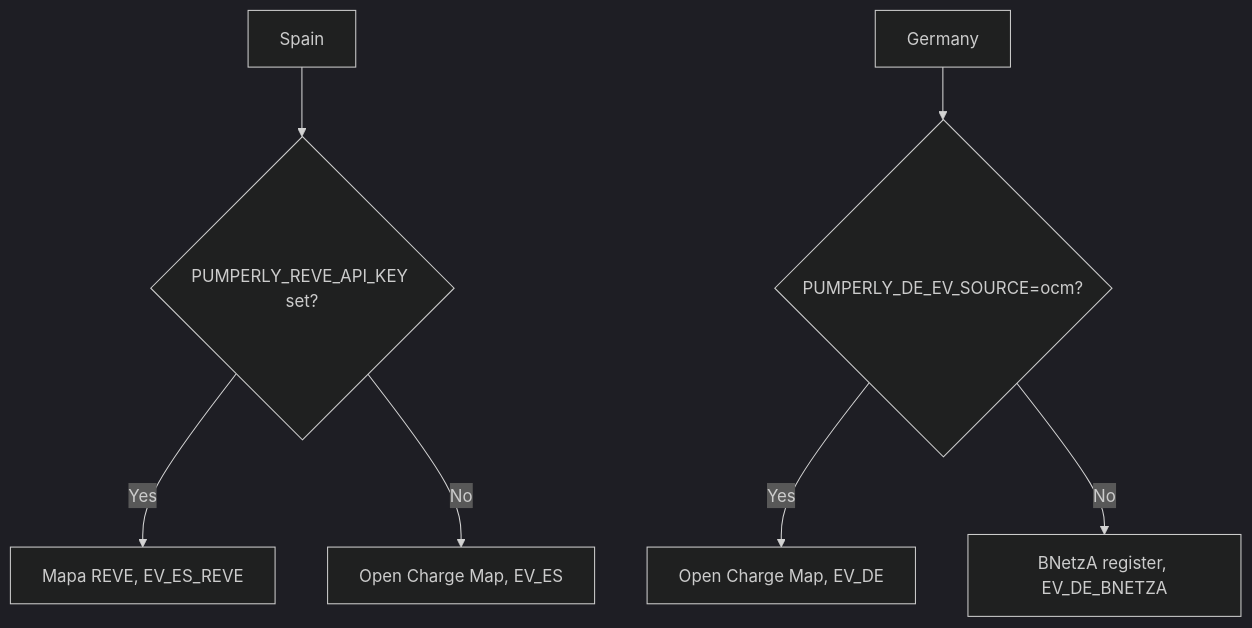
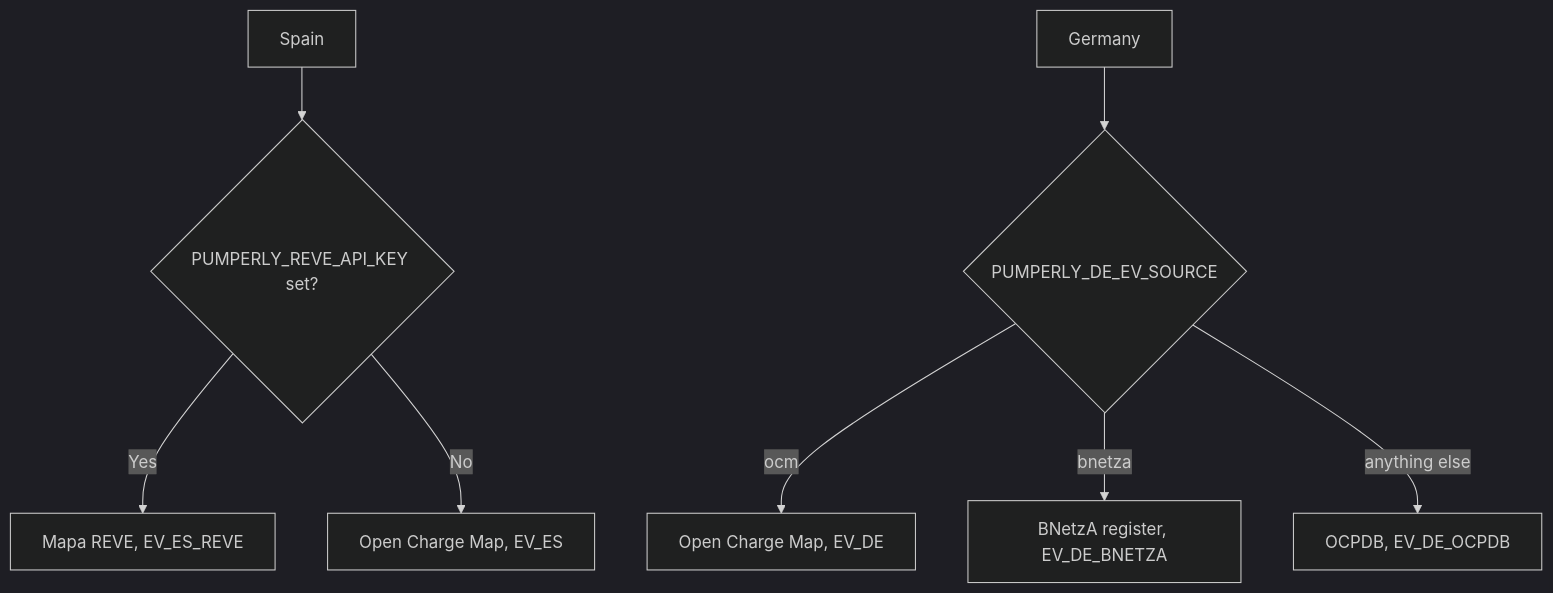
The first of 2 diagrams in docs/data/ev-sources.md (GeiserX/Pumperly), drawn with Mermaid (dark theme) before and after one commit. The commit also changed other lines of this file and 49 other files, not shown here.

````diff
--- a/docs/data/ev-sources.md
+++ b/docs/data/ev-sources.md
@@ -21,9 +22,10 @@
 ```mermaid
 flowchart TD
     ES[Spain] --> K{PUMPERLY_REVE_API_KEY set?}
     K -- Yes --> REVE[Mapa REVE, EV_ES_REVE]
     K -- No --> OCMES[Open Charge Map, EV_ES]
-    DE[Germany] --> S{PUMPERLY_DE_EV_SOURCE=ocm?}
-    S -- Yes --> OCMDE[Open Charge Map, EV_DE]
-    S -- No --> BNETZA[BNetzA register, EV_DE_BNETZA]
+    DE[Germany] --> S{PUMPERLY_DE_EV_SOURCE}
+    S -- ocm --> OCMDE[Open Charge Map, EV_DE]
+    S -- bnetza --> BNETZA[BNetzA register, EV_DE_BNETZA]
+    S -- anything else --> OCPDB[OCPDB, EV_DE_OCPDB]
 ```
````
